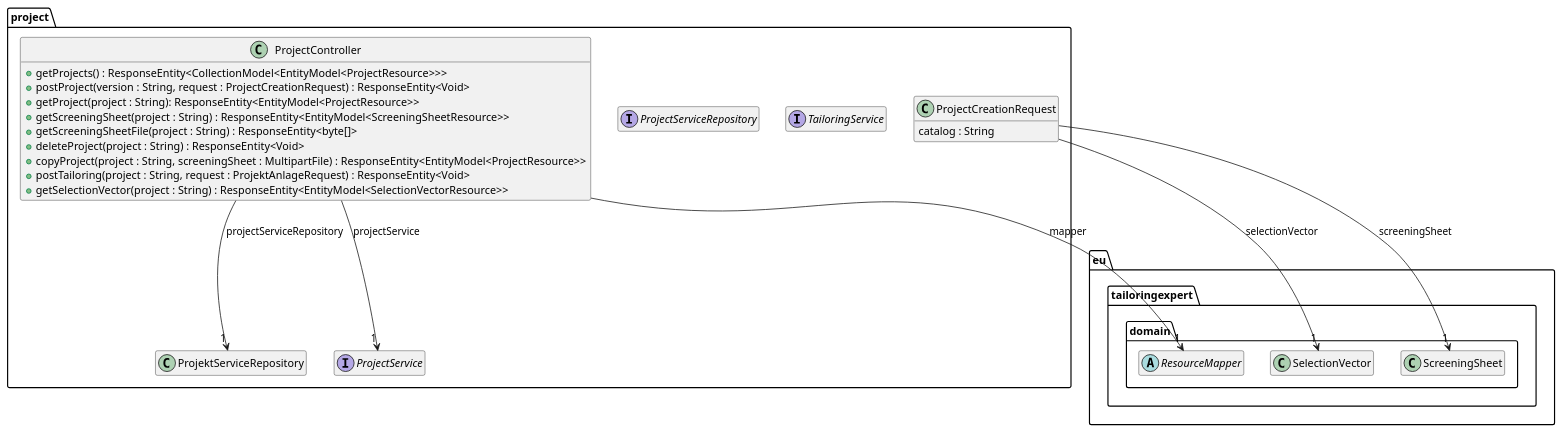
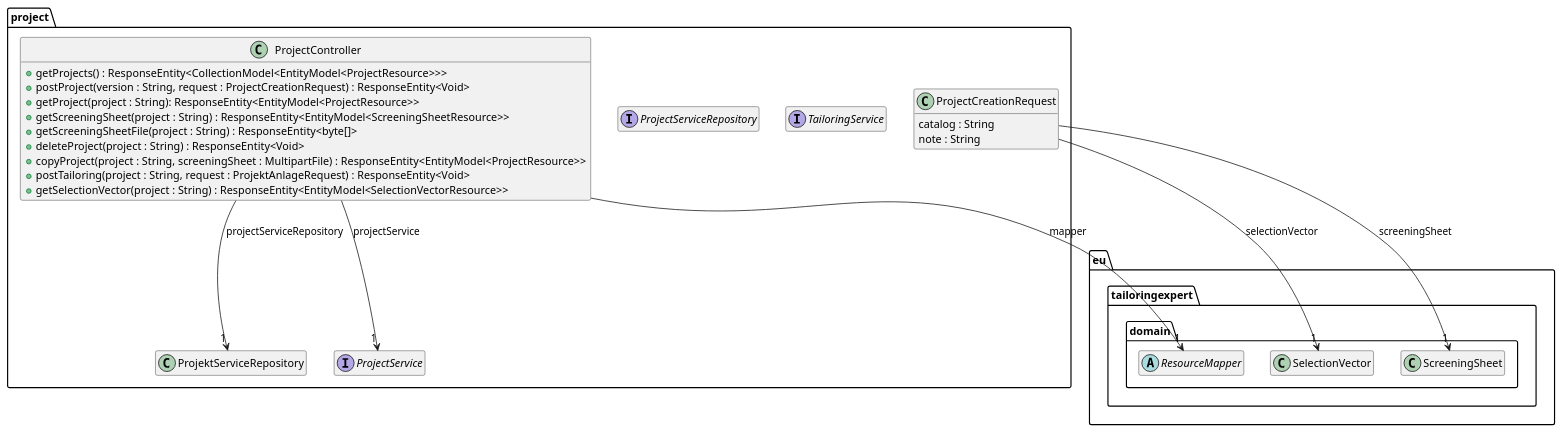
Before and after one commit to tailoringexpert/platform: the diagram in src/site/arc42/plantuml/rest/project/Ebene3.plantuml, drawn with PlantUML. The commit also changed 51 other files, not shown here.

```diff
--- a/src/site/arc42/plantuml/rest/project/Ebene3.plantuml
+++ b/src/site/arc42/plantuml/rest/project/Ebene3.plantuml
@@ -1,43 +1,44 @@
 @startuml Ebene3.png
 hide empty members
 
 package eu.tailoringexpert {
     package domain {
         abstract class ResourceMapper
         class ScreeningSheet
         class SelectionVector
     }
 }
 
 package project {
     interface ProjectService {
     }
 
     interface TailoringService {
     }
 
     interface ProjectServiceRepository {
     }
 
     class ProjectCreationRequest {
         catalog : String
+        note : String
     }
     ProjectCreationRequest -> "1" ScreeningSheet : screeningSheet
     ProjectCreationRequest -> "1" SelectionVector : selectionVector
 
     class ProjectController {
         +getProjects() : ResponseEntity<CollectionModel<EntityModel<ProjectResource>>>
         +postProject(version : String, request : ProjectCreationRequest) : ResponseEntity<Void>
         +getProject(project : String): ResponseEntity<EntityModel<ProjectResource>>
         +getScreeningSheet(project : String) : ResponseEntity<EntityModel<ScreeningSheetResource>>
         +getScreeningSheetFile(project : String) : ResponseEntity<byte[]>
         +deleteProject(project : String) : ResponseEntity<Void>
         +copyProject(project : String, screeningSheet : MultipartFile) : ResponseEntity<EntityModel<ProjectResource>>
         +postTailoring(project : String, request : ProjektAnlageRequest) : ResponseEntity<Void>
         +getSelectionVector(project : String) : ResponseEntity<EntityModel<SelectionVectorResource>>
     }
     ProjectController --> "1" ResourceMapper : mapper
     ProjectController --> "1" ProjectService : projectService
     ProjectController --> "1" ProjektServiceRepository : projectServiceRepository
 }
 @enduml
```
